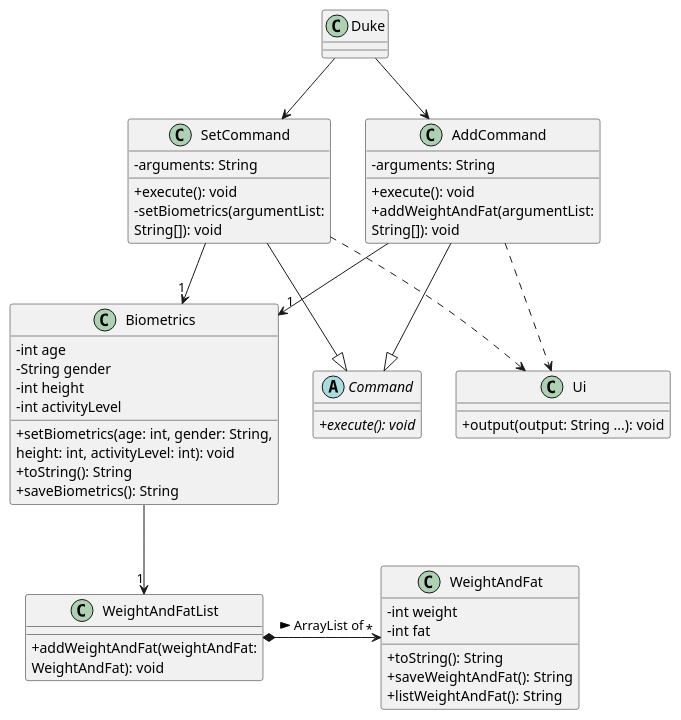
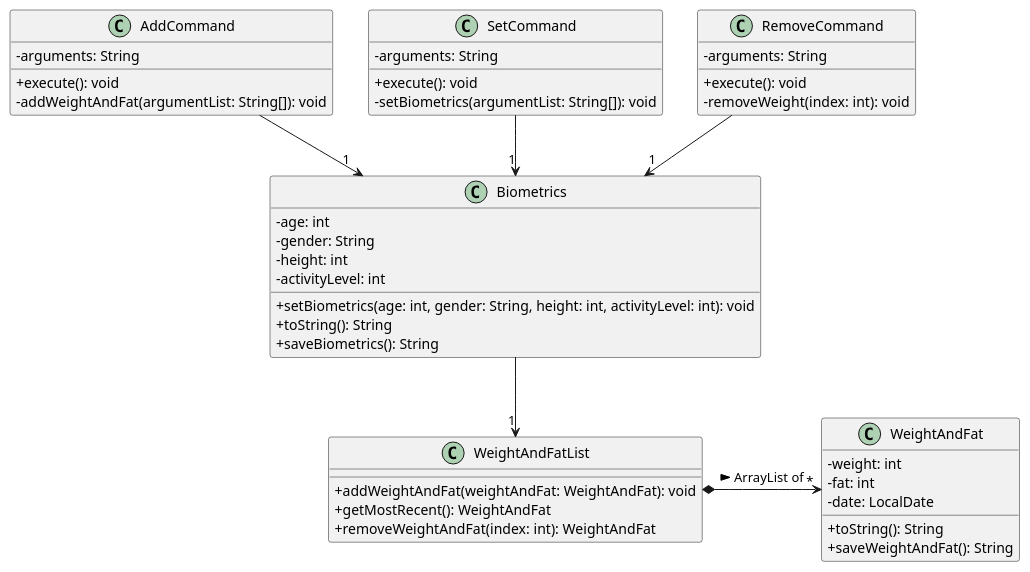
Before and after one commit to nus-cs2113-AY2223S1/tp: the diagram in docs/UmlDiagrams/Biometrics.puml, drawn with PlantUML. The commit also changed 17 other files, not shown here.

```diff
--- a/docs/UmlDiagrams/Biometrics.puml
+++ b/docs/UmlDiagrams/Biometrics.puml
@@ -1,57 +1,50 @@
 @startuml
 'https://plantuml.com/class-diagram
 skinparam classAttributeIconSize 0
 
 
-class Ui {
-+output(output: String ...): void
-}
-abstract class Command {
-{abstract} +execute(): void
-}
 class AddCommand {
 -arguments: String
 +execute(): void
-+addWeightAndFat(argumentList:
-String[]): void
+-addWeightAndFat(argumentList: String[]): void
 }
 class SetCommand {
 -arguments: String
 +execute(): void
--setBiometrics(argumentList:
-String[]): void
+-setBiometrics(argumentList: String[]): void
+}
+class RemoveCommand {
+-arguments: String
++execute(): void
+-removeWeight(index: int): void
 }
 class Biometrics {
--int age
--String gender
--int height
--int activityLevel
-+setBiometrics(age: int, gender: String,
-height: int, activityLevel: int): void
+-age: int
+-gender: String
+-height: int
+-activityLevel: int
++setBiometrics(age: int, gender: String, height: int, activityLevel: int): void
 +toString(): String
 +saveBiometrics(): String
 }
 class WeightAndFat {
--int weight
--int fat
+-weight: int
+-fat: int
+-date: LocalDate
 +toString(): String
 +saveWeightAndFat(): String
-+listWeightAndFat(): String
 }
 class WeightAndFatList {
-+addWeightAndFat(weightAndFat:
-WeightAndFat): void
++addWeightAndFat(weightAndFat: WeightAndFat): void
++getMostRecent(): WeightAndFat
++removeWeightAndFat(index: int): WeightAndFat
 }
 
-AddCommand --|> Command
-SetCommand --|> Command
-Duke --> AddCommand
-Duke --> SetCommand
-SetCommand ..> Ui
-AddCommand ..> Ui
+
 AddCommand --> "1"Biometrics
 SetCommand --> "1"Biometrics
+RemoveCommand --> "1"Biometrics
 Biometrics --> "1"WeightAndFatList
 WeightAndFatList *-> "*"WeightAndFat : ArrayList of >
 
 @enduml
```
